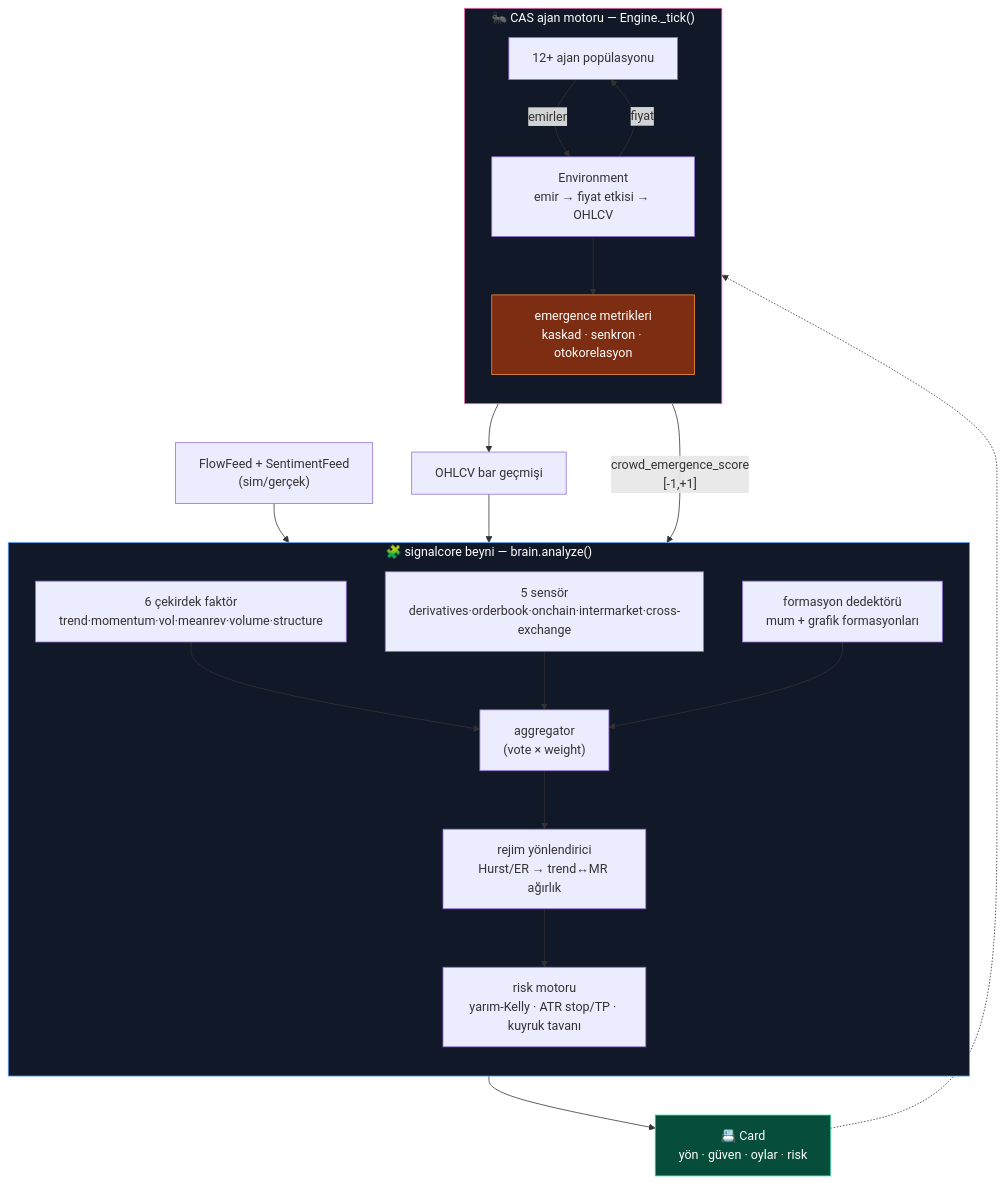
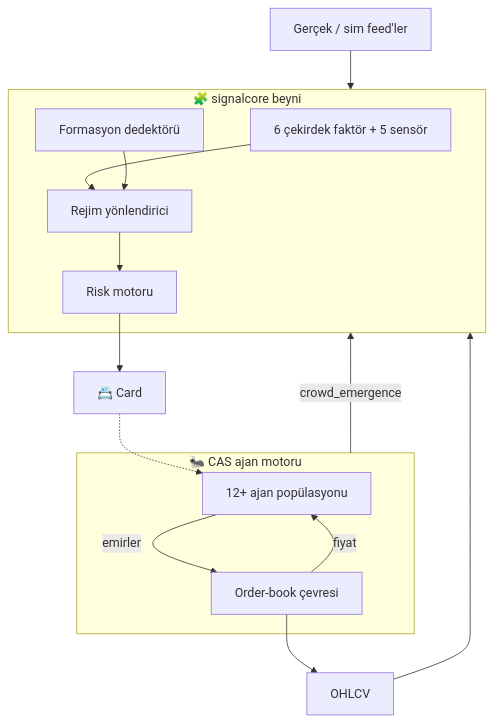
The second of 2 diagrams in README.md (7mertyavuz/cas-market-simulator), drawn with Mermaid before and after one commit. The commit also changed other lines of this file, not shown here.

````diff
--- a/README.md
+++ b/README.md
@@ -91,34 +70,25 @@
 ```mermaid
 flowchart TD
-    FEED["FlowFeed + SentimentFeed<br/>(sim/gerçek)"] --> BRAIN
+    FEED["Gerçek / sim feed'ler"] --> BRAIN
 
-    subgraph BRAIN["🧩 signalcore beyni — brain.analyze()"]
-        direction TB
-        F["6 çekirdek faktör<br/>trend·momentum·vol·meanrev·volume·structure"]
-        SENS["5 sensör<br/>derivatives·orderbook·onchain·intermarket·cross-exchange"]
-        PAT["formasyon dedektörü<br/>mum + grafik formasyonları"]
-        RR["rejim yönlendirici<br/>Hurst/ER → trend↔MR ağırlık"]
-        F & SENS & PAT --> AGG["aggregator<br/>(vote × weight)"]
-        AGG --> RR --> RISK["risk motoru<br/>yarım-Kelly · ATR stop/TP · kuyruk tavanı"]
+    subgraph BRAIN["🧩 signalcore beyni"]
+        F["6 çekirdek faktör + 5 sensör"]
+        PAT["Formasyon dedektörü"]
+        RR["Rejim yönlendirici"]
+        RISK["Risk motoru"]
+        F & PAT --> RR --> RISK
     end
 
-    RISK --> CARD["📇 Card<br/>yön · güven · oylar · risk"]
+    RISK --> CARD["📇 Card"]
 
-    subgraph CAS["🐜 CAS ajan motoru — Engine._tick()"]
-        direction TB
+    subgraph CAS["🐜 CAS ajan motoru"]
         POP["12+ ajan popülasyonu"]
-        ENV["Environment<br/>emir → fiyat etkisi → OHLCV"]
+        ENV["Order-book çevresi"]
         POP -->|emirler| ENV
         ENV -->|fiyat| POP
-        ENV --> EMER["emergence metrikleri<br/>kaskad · senkron · otokorelasyon"]
     end
 
     CARD -.-> POP
-    ENV --> BARS["OHLCV bar geçmişi"] --> BRAIN
-    EMER -->|"crowd_emergence_score<br/>[-1,+1]"| BRAIN
-
-    style BRAIN fill:#111827,stroke:#60a5fa,color:#fff
-    style CAS fill:#111827,stroke:#f472b6,color:#fff
-    style CARD fill:#064e3b,stroke:#34d399,color:#fff
-    style EMER fill:#7c2d12,stroke:#fb923c,color:#fff
+    ENV --> BARS["OHLCV"] --> BRAIN
+    CAS -->|crowd_emergence| BRAIN
 ```
````
